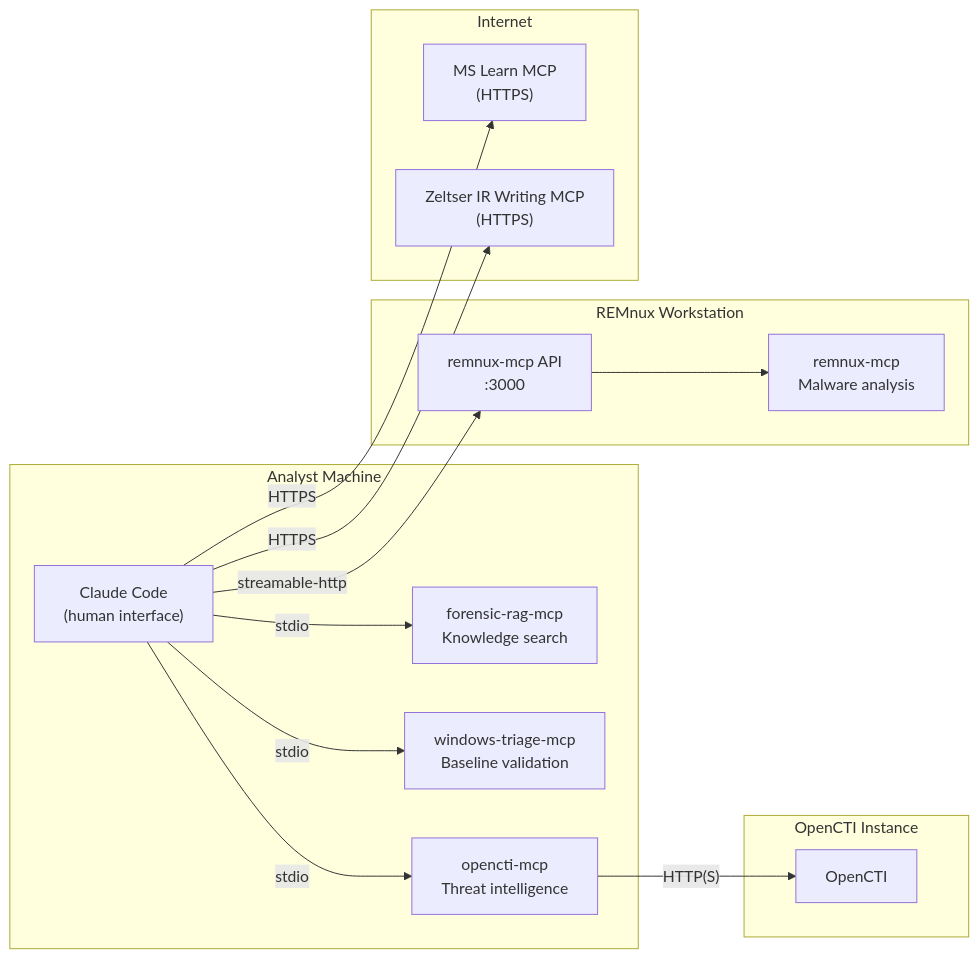
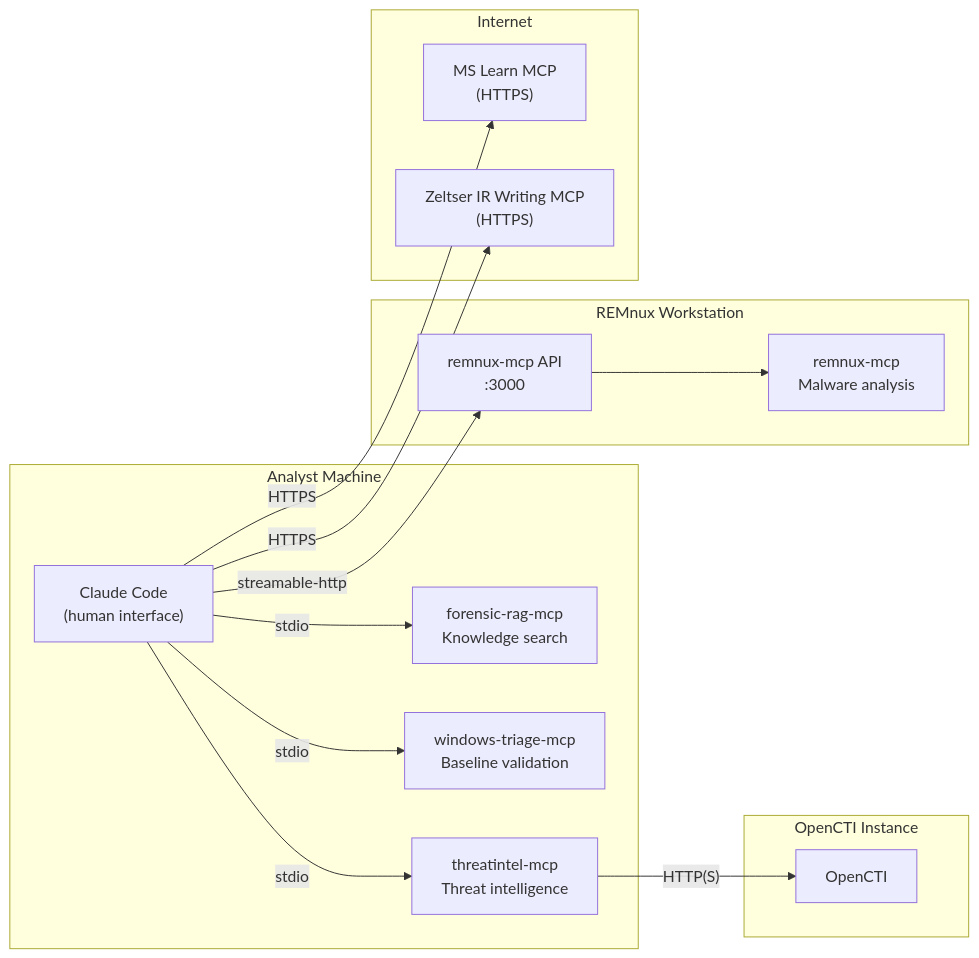
The sixth of 6 diagrams in README.md (AppliedIR/Valhuntir), drawn with Mermaid before and after one commit. The commit also changed other lines of this file and 13 other files, not shown here.

Commit message:
allow and recognize the threat-intel backend as threatintel-mcp beside opencti-mcp, and name it in the docs

````diff
--- a/README.md
+++ b/README.md
@@ -739,33 +739,33 @@
 ```mermaid
 graph LR
     subgraph analyst ["Analyst Machine"]
         CC["Claude Code<br/>(human interface)"]
         FR["forensic-rag-mcp<br/>Knowledge search"]
         WTR["windows-triage-mcp<br/>Baseline validation"]
-        OC["opencti-mcp<br/>Threat intelligence"]
+        OC["threatintel-mcp<br/>Threat intelligence"]
 
         CC -->|stdio| FR
         CC -->|stdio| WTR
         CC -->|stdio| OC
     end
 
     subgraph octi ["OpenCTI Instance"]
         OCTI[OpenCTI]
     end
 
     subgraph remnux ["REMnux Workstation"]
         RAPI["remnux-mcp API<br/>:3000"]
         RMX["remnux-mcp<br/>Malware analysis"]
         RAPI --> RMX
     end
 
     subgraph internet ["Internet"]
         ML["MS Learn MCP<br/>(HTTPS)"]
         ZE["Zeltser IR Writing MCP<br/>(HTTPS)"]
     end
 
     CC -->|"streamable-http"| RAPI
     CC -->|"HTTPS"| ML
     CC -->|"HTTPS"| ZE
     OC -->|"HTTP(S)"| OCTI
 ```
````
